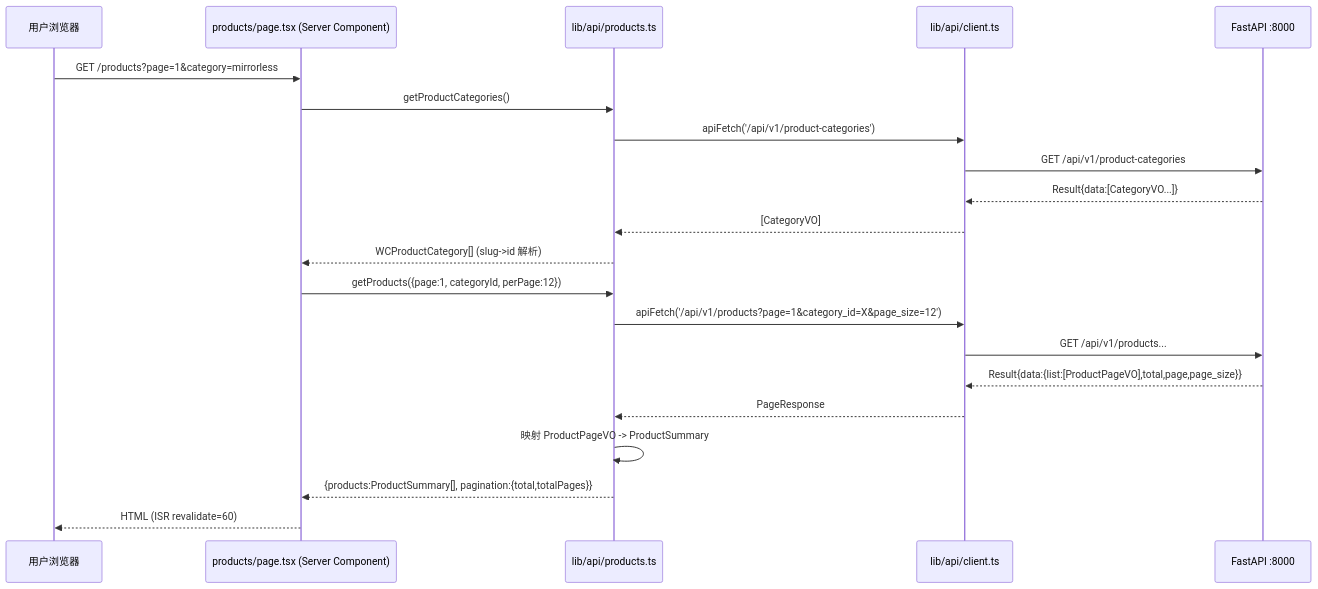
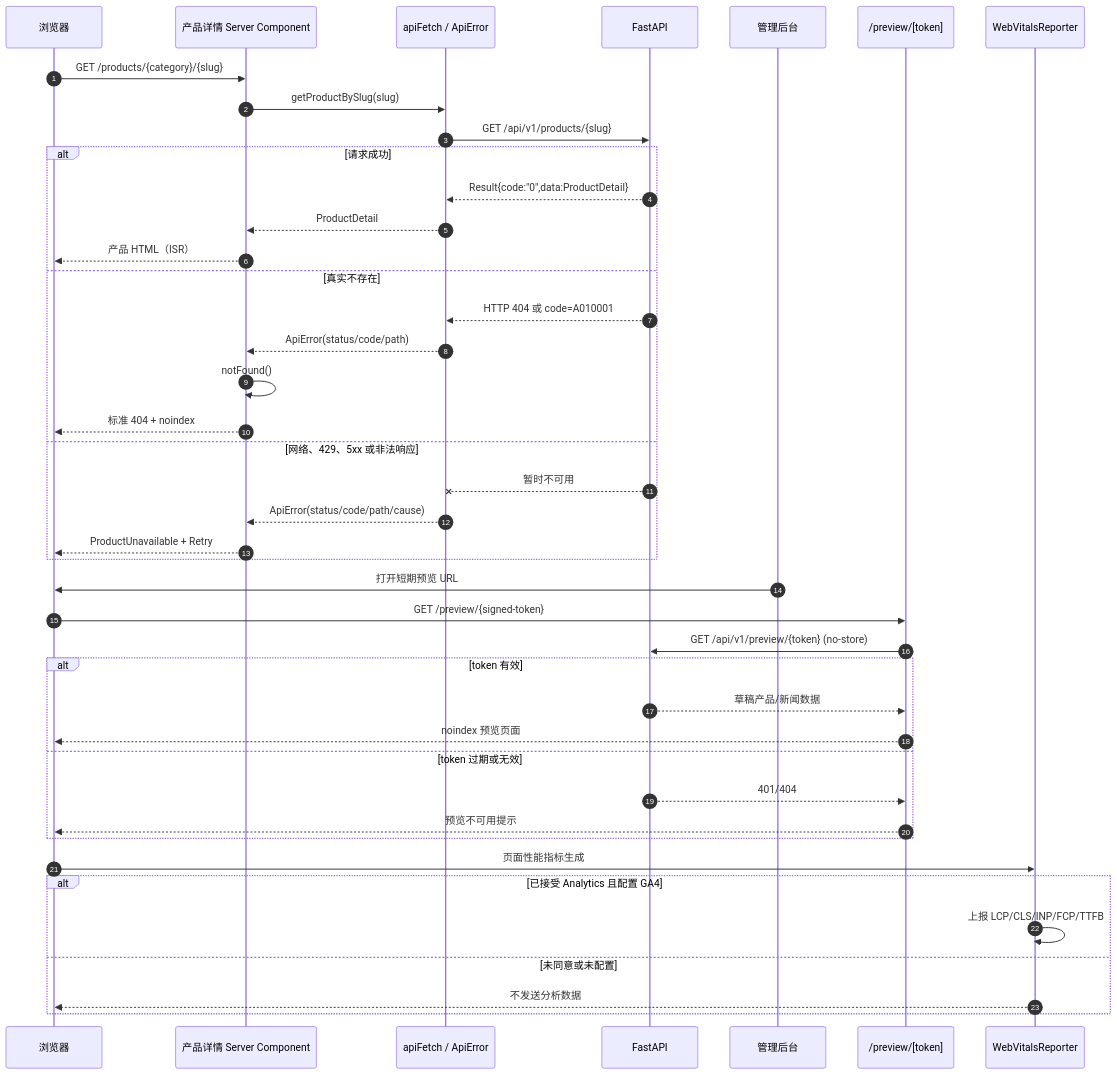
The diagram in frontend/docs/sequence-diagram.mermaid (zengbbxx11/full-stack-songdian), drawn with Mermaid before and after one commit. The commit also changed 66 other files, not shown here.

```diff
--- a/frontend/docs/sequence-diagram.mermaid
+++ b/frontend/docs/sequence-diagram.mermaid
@@ -1,21 +1,45 @@
 sequenceDiagram
-    participant U as 用户浏览器
-    participant P as products/page.tsx (Server Component)
-    participant A as lib/api/products.ts
-    participant C as lib/api/client.ts
-    participant B as FastAPI :8000
-    U->>P: GET /products?page=1&category=mirrorless
-    P->>A: getProductCategories()
-    A->>C: apiFetch('/api/v1/product-categories')
-    C->>B: GET /api/v1/product-categories
-    B-->>C: Result{data:[CategoryVO...]}
-    C-->>A: [CategoryVO]
-    A-->>P: WCProductCategory[] (slug->id 解析)
-    P->>A: getProducts({page:1, categoryId, perPage:12})
-    A->>C: apiFetch('/api/v1/products?page=1&category_id=X&page_size=12')
-    C->>B: GET /api/v1/products...
-    B-->>C: Result{data:{list:[ProductPageVO],total,page,page_size}}
-    C-->>A: PageResponse
-    A->>A: 映射 ProductPageVO -> ProductSummary
-    A-->>P: {products:ProductSummary[], pagination:{total,totalPages}}
-    P-->>U: HTML (ISR revalidate=60)
+    autonumber
+    participant U as 浏览器
+    participant P as 产品详情 Server Component
+    participant C as apiFetch / ApiError
+    participant B as FastAPI
+
+    U->>P: GET /products/{category}/{slug}
+    P->>C: getProductBySlug(slug)
+    C->>B: GET /api/v1/products/{slug}
+    alt 请求成功
+        B-->>C: Result{code:"0",data:ProductDetail}
+        C-->>P: ProductDetail
+        P-->>U: 产品 HTML（ISR）
+    else 真实不存在
+        B-->>C: HTTP 404 或 code=A010001
+        C-->>P: ApiError(status/code/path)
+        P->>P: notFound()
+        P-->>U: 标准 404 + noindex
+    else 网络、429、5xx 或非法响应
+        B--xC: 暂时不可用
+        C-->>P: ApiError(status/code/path/cause)
+        P-->>U: ProductUnavailable + Retry
+    end
+
+    participant A as 管理后台
+    participant V as /preview/[token]
+    A->>U: 打开短期预览 URL
+    U->>V: GET /preview/{signed-token}
+    V->>B: GET /api/v1/preview/{token} (no-store)
+    alt token 有效
+        B-->>V: 草稿产品/新闻数据
+        V-->>U: noindex 预览页面
+    else token 过期或无效
+        B-->>V: 401/404
+        V-->>U: 预览不可用提示
+    end
+
+    participant R as WebVitalsReporter
+    U->>R: 页面性能指标生成
+    alt 已接受 Analytics 且配置 GA4
+        R->>R: 上报 LCP/CLS/INP/FCP/TTFB
+    else 未同意或未配置
+        R-->>U: 不发送分析数据
+    end
```
